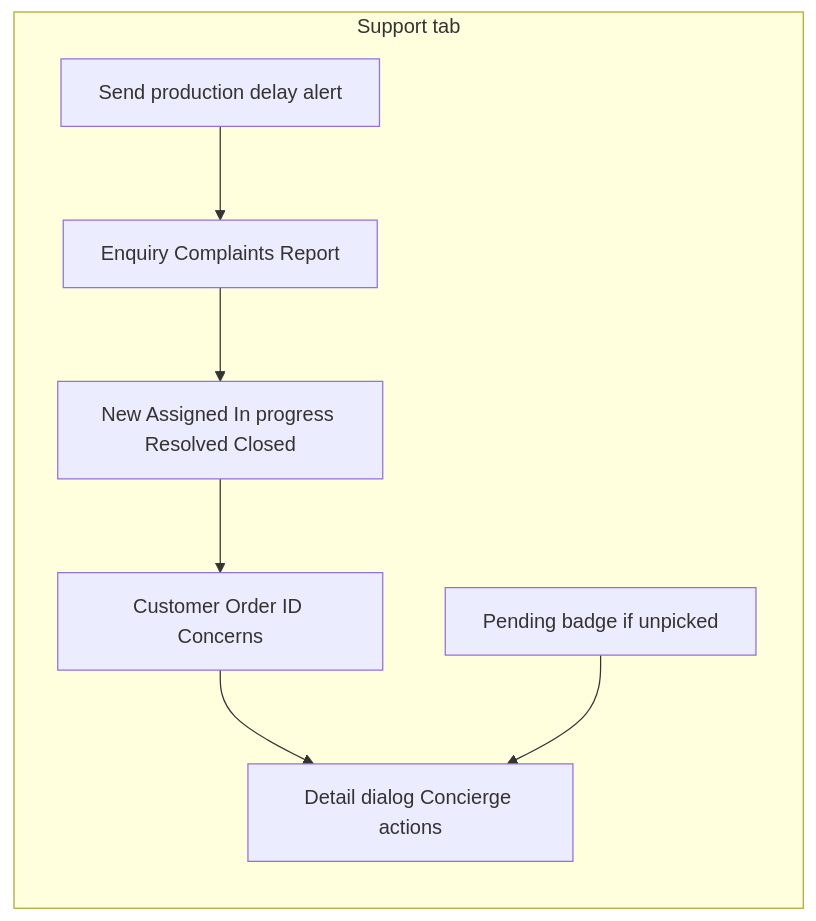
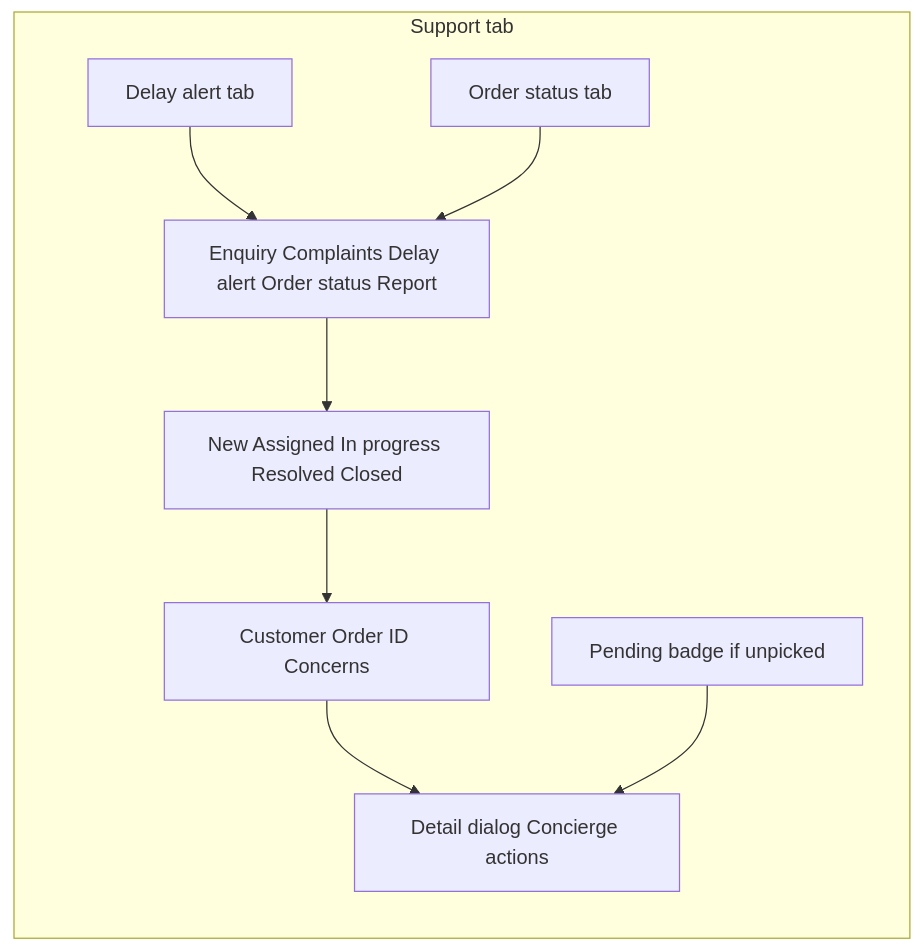
The eighth of 8 diagrams in docs/FLOWCHARTS.md (Mayur8291/Printing-Tracker), drawn with Mermaid before and after one commit. The commit also changed other lines of this file and 24 other files, not shown here.

First line of the commit message:
﻿Split Support Enquiry and Complaints and make Close work.

````diff
--- a/docs/FLOWCHARTS.md
+++ b/docs/FLOWCHARTS.md
@@ -70,16 +125,18 @@
 ```mermaid
 flowchart LR
   subgraph ui [Support tab]
     Cards[New Assigned In progress Resolved Closed]
     Pending[Pending badge if unpicked]
     Detail[Detail dialog Concierge actions]
-    Sub[Enquiry Complaints Report]
-    Delay[Send production delay alert]
+    Sub[Enquiry Complaints Delay alert Order status Report]
+    Delay[Delay alert tab]
+    Status[Order status tab]
     Cols[Customer Order ID Concerns]
   end
   Delay --> Sub
+  Status --> Sub
   Sub --> Cards
   Cards --> Cols
   Cols --> Detail
   Pending --> Detail
 ```
````
